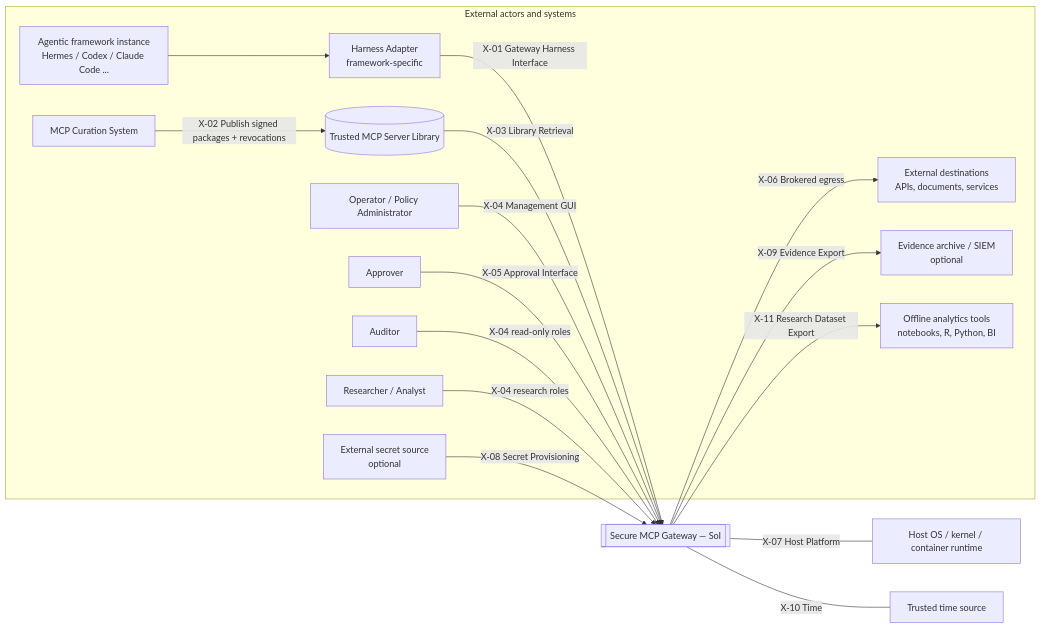
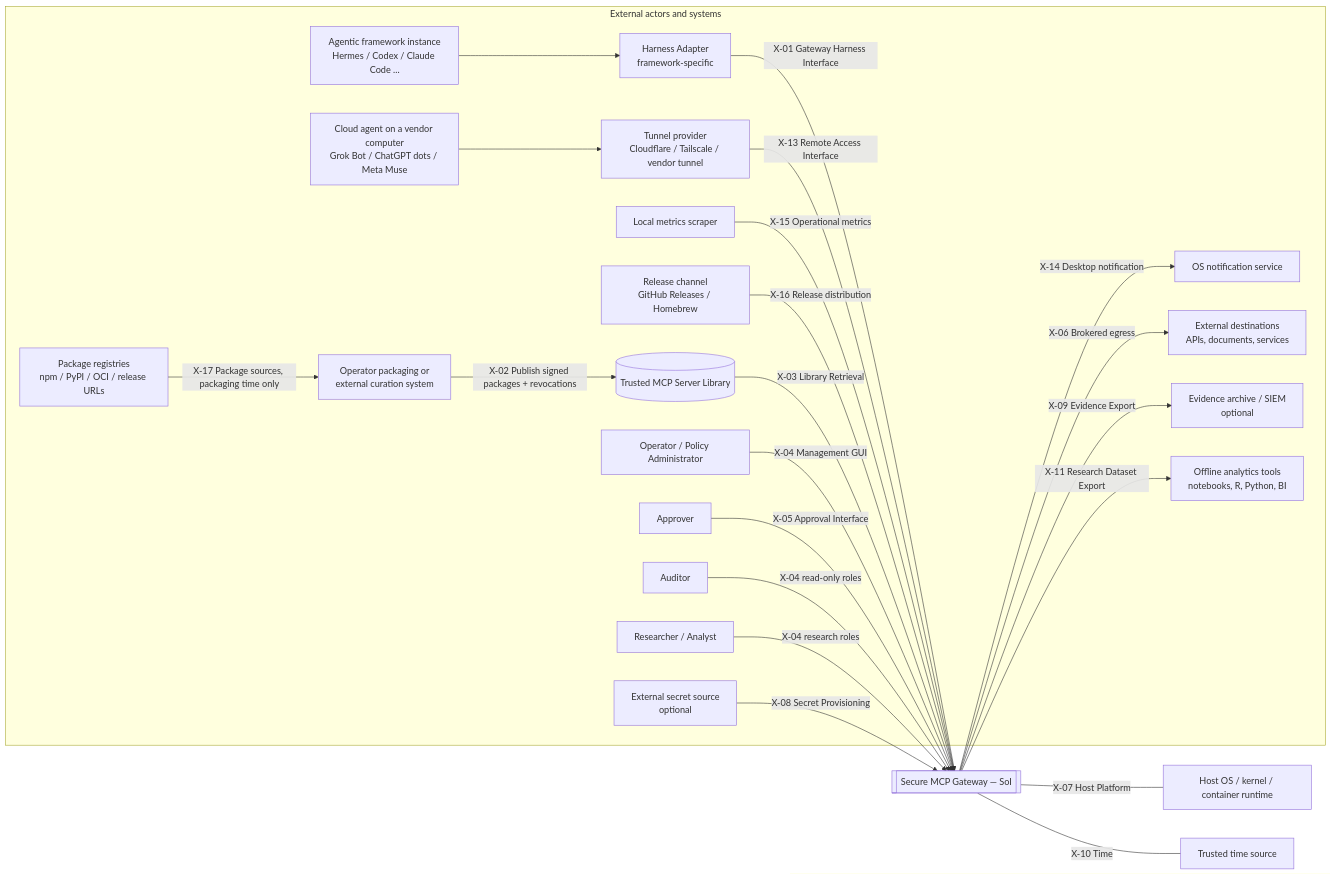
One commit to ethan03805/Secure-MCP-Gateway changed the first of 9 diagrams in ArchitectureV2.md. Above: the diagram before and after it, drawn with Mermaid. The commit also changed other lines of this file and 34 other files, not shown here.

First line of the commit message:
Re-baseline the specification as SRS V1.2 and architecture V2.3 (#7)

````diff
--- a/ArchitectureV2.md
+++ b/ArchitectureV2.md
@@ -69,32 +73,44 @@
 ```mermaid
 flowchart LR
   subgraph EXT[External actors and systems]
     AF[Agentic framework instance<br/>Hermes / Codex / Claude Code ...]
     HA[Harness Adapter<br/>framework-specific]
-    CUR[MCP Curation System]
+    CA[Cloud agent on a vendor computer<br/>Grok Bot / ChatGPT dots / Meta Muse]
+    TUN[Tunnel provider<br/>Cloudflare / Tailscale / vendor tunnel]
+    CUR[Operator packaging or<br/>external curation system]
+    REG[Package registries<br/>npm / PyPI / OCI / release URLs]
+    NOTE[OS notification service]
+    MET[Local metrics scraper]
+    REL[Release channel<br/>GitHub Releases / Homebrew]
     LIB[(Trusted MCP Server Library)]
     OP[Operator / Policy Administrator]
     AP[Approver]
     AUD[Auditor]
     RES[Researcher / Analyst]
     NET[External destinations<br/>APIs, documents, services]
     SSRC[External secret source<br/>optional]
     ARC[Evidence archive / SIEM<br/>optional]
     OFF[Offline analytics tools<br/>notebooks, R, Python, BI]
   end
   AF --> HA
   HA -->|X-01 Gateway Harness Interface| GW
+  CA --> TUN
+  TUN -->|X-13 Remote Access Interface| GW
+  REG -->|X-17 Package sources, packaging time only| CUR
   CUR -->|X-02 Publish signed packages + revocations| LIB
+  GW -->|X-14 Desktop notification| NOTE
+  MET -->|X-15 Operational metrics| GW
+  REL -->|X-16 Release distribution| GW
   LIB -->|X-03 Library Retrieval| GW
   OP -->|X-04 Management GUI| GW
   AP -->|X-05 Approval Interface| GW
   AUD -->|X-04 read-only roles| GW
   RES -->|X-04 research roles| GW
   GW -->|X-06 Brokered egress| NET
   SSRC -->|X-08 Secret Provisioning| GW
   GW -->|X-09 Evidence Export| ARC
   GW -->|X-11 Research Dataset Export| OFF
   GW[[Secure MCP Gateway — SoI]]
   GW ---|X-07 Host Platform| HOST[Host OS / kernel / container runtime]
   GW ---|X-10 Time| TIME[Trusted time source]
 ```
````
